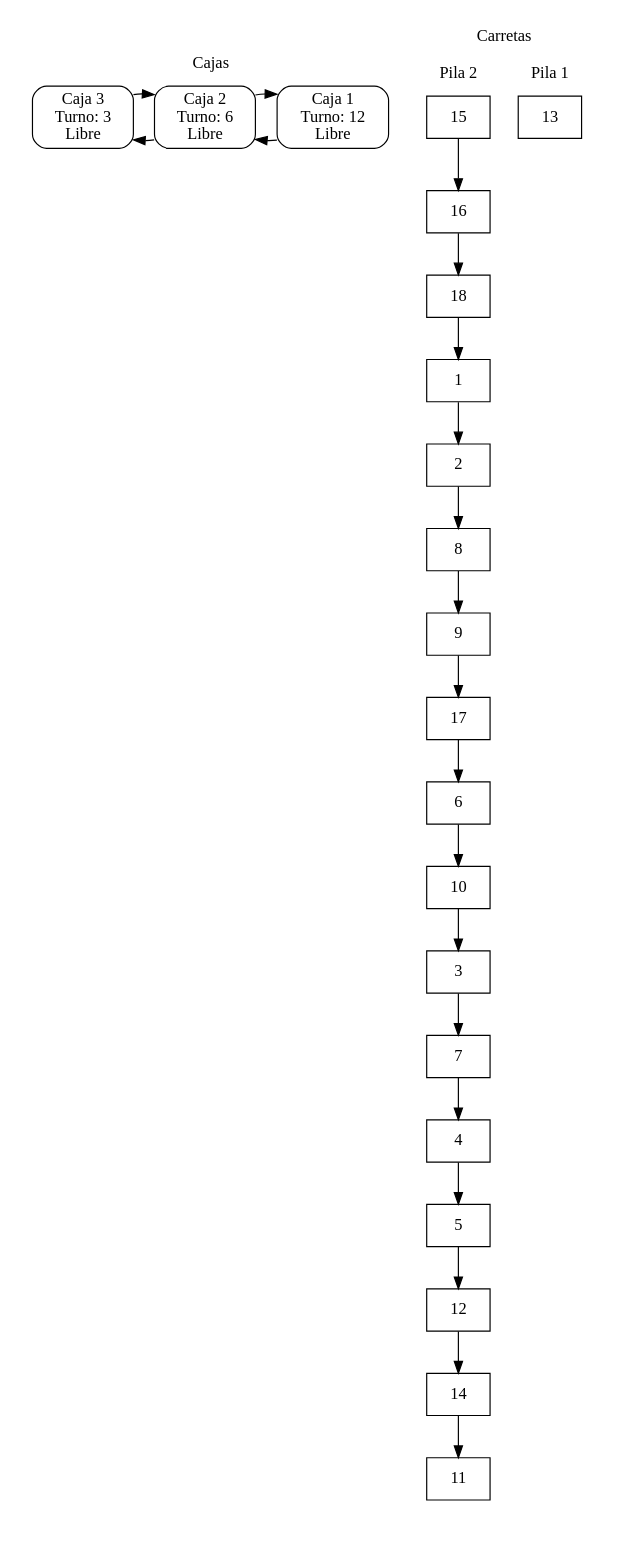
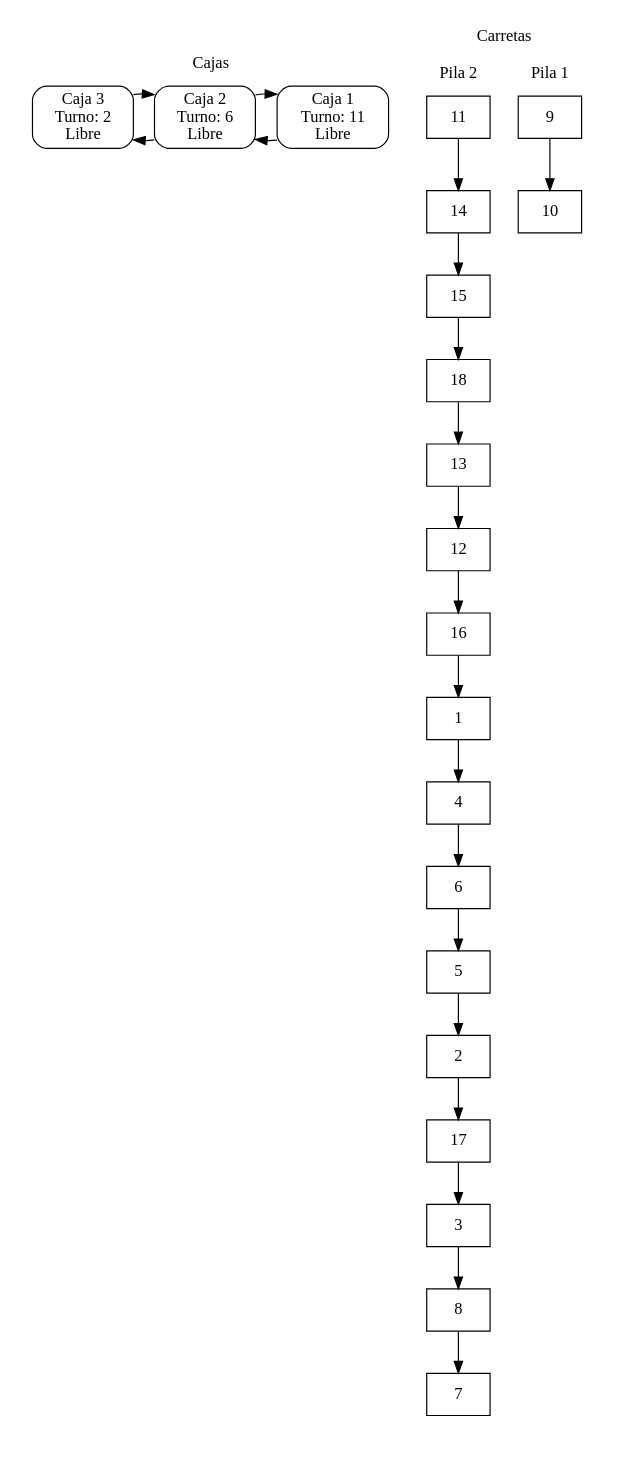
The diagram in dibujable.dot (Chejohrpp/Practica1EstructuraDatos), drawn with Graphviz before and after one commit. The commit also changed 1 other file, not shown here.

```diff
--- a/dibujable.dot
+++ b/dibujable.dot
@@ -1,7 +1,7 @@
 digraph G{subgraph cluster_cajas {label = "Cajas";	style=filled;style=filled;color=white;node [style=rounded,color=black,shape=box];f1->f2[constraint=false];f1[label="Caja 1 
- Turno: 12 
+ Turno: 11 
  Libre "];f2->f3[constraint=false];f2->f1[constraint=false];f2[label="Caja 2 
  Turno: 6 
  Libre "];f3->f2[constraint=false];f3[label="Caja 3 
- Turno: 3 
- Libre "];}subgraph cluster_pagar{label = "Cola de espera a pagar";style=filled;style=filled;color=white;node [shape=box,color=black,style=rounded];}subgraph cluster_compras{label = " compras ";style=filled;style=filled;color=white;node [style=rounded,color=black,shape=box];}subgraph cluster_carretas{label ="Carretas";style=filled;color=white;subgraph cluster_b{label = " Pila 1 ";style=filled;style=filled;color=white;node [shape=box,color=black];b13[label=" 13 "];}subgraph cluster_c{label = " Pila 2 ";style=filled;style=filled;color=white;node [shape=box,color=black];c15->c16;c15[label=" 15 "];c16->c18;c16[label=" 16 "];c18->c1;c18[label=" 18 "];c1->c2;c1[label=" 1 "];c2->c8;c2[label=" 2 "];c8->c9;c8[label=" 8 "];c9->c17;c9[label=" 9 "];c17->c6;c17[label=" 17 "];c6->c10;c6[label=" 6 "];c10->c3;c10[label=" 10 "];c3->c7;c3[label=" 3 "];c7->c4;c7[label=" 7 "];c4->c5;c4[label=" 4 "];c5->c12;c5[label=" 5 "];c12->c14;c12[label=" 12 "];c14->c11;c14[label=" 14 "];c11[label=" 11 "];}}subgraph cluster_a{label = " Cola de espera ";style=filled;style=filled;color=white;node [shape=box,color=black];} }
+ Turno: 2 
+ Libre "];}subgraph cluster_pagar{label = "Cola de espera a pagar";style=filled;style=filled;color=white;node [shape=box,color=black,style=rounded];}subgraph cluster_compras{label = " compras ";style=filled;style=filled;color=white;node [style=rounded,color=black,shape=box];}subgraph cluster_carretas{label ="Carretas";style=filled;color=white;subgraph cluster_b{label = " Pila 1 ";style=filled;style=filled;color=white;node [shape=box,color=black];b9->b10;b9[label=" 9 "];b10[label=" 10 "];}subgraph cluster_c{label = " Pila 2 ";style=filled;style=filled;color=white;node [shape=box,color=black];c11->c14;c11[label=" 11 "];c14->c15;c14[label=" 14 "];c15->c18;c15[label=" 15 "];c18->c13;c18[label=" 18 "];c13->c12;c13[label=" 13 "];c12->c16;c12[label=" 12 "];c16->c1;c16[label=" 16 "];c1->c4;c1[label=" 1 "];c4->c6;c4[label=" 4 "];c6->c5;c6[label=" 6 "];c5->c2;c5[label=" 5 "];c2->c17;c2[label=" 2 "];c17->c3;c17[label=" 17 "];c3->c8;c3[label=" 3 "];c8->c7;c8[label=" 8 "];c7[label=" 7 "];}}subgraph cluster_a{label = " Cola de espera ";style=filled;style=filled;color=white;node [shape=box,color=black];} }
```
